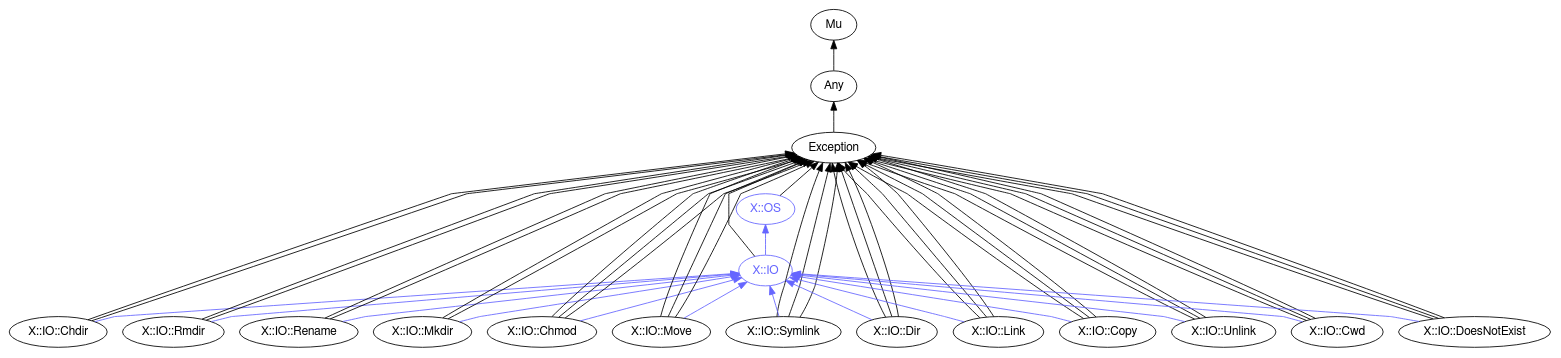
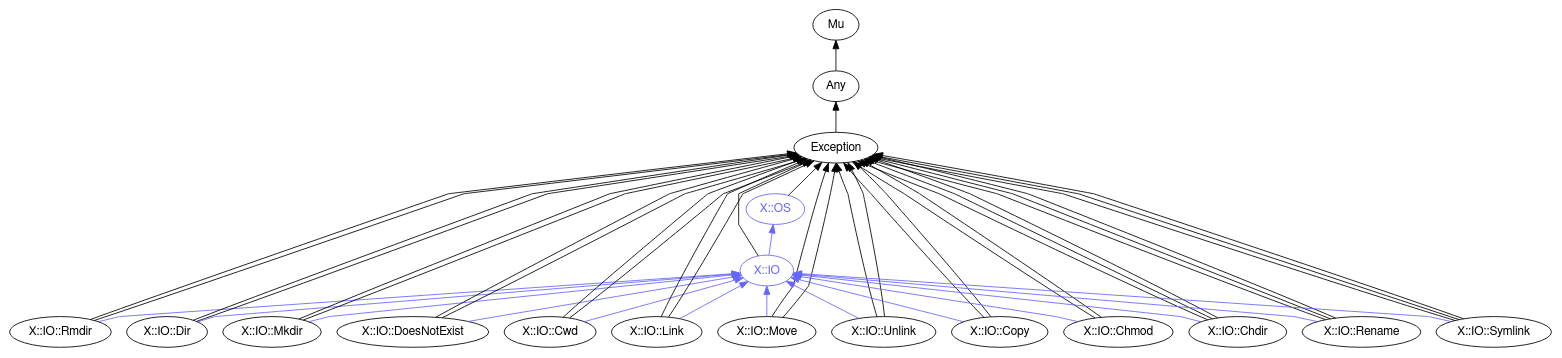
Before and after one commit to perl6docs/perl6docs.github.io: the diagram in images/type-graph-X::OS.svg.dot, drawn with Graphviz. The commit also changed 4398 other files, not shown here.

```diff
--- a/images/type-graph-X::OS.svg.dot
+++ b/images/type-graph-X::OS.svg.dot
@@ -1,81 +1,75 @@
 digraph "perl6-type-graph" {
     rankdir=BT;
     splines=polyline;
     overlap=false; 
     // Types
     "X::OS" [color="#6666FF", fontcolor="#6666FF", href="/type/X::OS", fontname="FreeSans"];
     "Mu" [color="#000000", fontcolor="#000000", href="/type/Mu", fontname="FreeSans"];
     "Any" [color="#000000", fontcolor="#000000", href="/type/Any", fontname="FreeSans"];
     "Exception" [color="#000000", fontcolor="#000000", href="/type/Exception", fontname="FreeSans"];
     "X::IO" [color="#6666FF", fontcolor="#6666FF", href="/type/X::IO", fontname="FreeSans"];
+    "X::IO::Rmdir" [color="#000000", fontcolor="#000000", href="/type/X::IO::Rmdir", fontname="FreeSans"];
+    "X::IO::Dir" [color="#000000", fontcolor="#000000", href="/type/X::IO::Dir", fontname="FreeSans"];
+    "X::IO::Mkdir" [color="#000000", fontcolor="#000000", href="/type/X::IO::Mkdir", fontname="FreeSans"];
+    "X::IO::DoesNotExist" [color="#000000", fontcolor="#000000", href="/type/X::IO::DoesNotExist", fontname="FreeSans"];
+    "X::IO::Cwd" [color="#000000", fontcolor="#000000", href="/type/X::IO::Cwd", fontname="FreeSans"];
+    "X::IO::Link" [color="#000000", fontcolor="#000000", href="/type/X::IO::Link", fontname="FreeSans"];
+    "X::IO::Move" [color="#000000", fontcolor="#000000", href="/type/X::IO::Move", fontname="FreeSans"];
+    "X::IO::Unlink" [color="#000000", fontcolor="#000000", href="/type/X::IO::Unlink", fontname="FreeSans"];
+    "X::IO::Copy" [color="#000000", fontcolor="#000000", href="/type/X::IO::Copy", fontname="FreeSans"];
+    "X::IO::Chmod" [color="#000000", fontcolor="#000000", href="/type/X::IO::Chmod", fontname="FreeSans"];
     "X::IO::Chdir" [color="#000000", fontcolor="#000000", href="/type/X::IO::Chdir", fontname="FreeSans"];
-    "X::IO::Rmdir" [color="#000000", fontcolor="#000000", href="/type/X::IO::Rmdir", fontname="FreeSans"];
     "X::IO::Rename" [color="#000000", fontcolor="#000000", href="/type/X::IO::Rename", fontname="FreeSans"];
-    "X::IO::Mkdir" [color="#000000", fontcolor="#000000", href="/type/X::IO::Mkdir", fontname="FreeSans"];
-    "X::IO::Chmod" [color="#000000", fontcolor="#000000", href="/type/X::IO::Chmod", fontname="FreeSans"];
-    "X::IO::Move" [color="#000000", fontcolor="#000000", href="/type/X::IO::Move", fontname="FreeSans"];
     "X::IO::Symlink" [color="#000000", fontcolor="#000000", href="/type/X::IO::Symlink", fontname="FreeSans"];
-    "X::IO::Dir" [color="#000000", fontcolor="#000000", href="/type/X::IO::Dir", fontname="FreeSans"];
-    "X::IO::Link" [color="#000000", fontcolor="#000000", href="/type/X::IO::Link", fontname="FreeSans"];
-    "X::IO::Copy" [color="#000000", fontcolor="#000000", href="/type/X::IO::Copy", fontname="FreeSans"];
-    "X::IO::Unlink" [color="#000000", fontcolor="#000000", href="/type/X::IO::Unlink", fontname="FreeSans"];
-    "X::IO::Cwd" [color="#000000", fontcolor="#000000", href="/type/X::IO::Cwd", fontname="FreeSans"];
-    "X::IO::DoesNotExist" [color="#000000", fontcolor="#000000", href="/type/X::IO::DoesNotExist", fontname="FreeSans"];
 
     // Superclasses
     "X::OS" -> "Exception" [color="#000000"];
     "Any" -> "Mu" [color="#000000"];
     "Exception" -> "Any" [color="#000000"];
     "X::IO" -> "Exception" [color="#000000"];
+    "X::IO::Rmdir" -> "Exception" [color="#000000"];
+    "X::IO::Rmdir" -> "Exception" [color="#000000"];
+    "X::IO::Dir" -> "Exception" [color="#000000"];
+    "X::IO::Dir" -> "Exception" [color="#000000"];
+    "X::IO::Mkdir" -> "Exception" [color="#000000"];
+    "X::IO::Mkdir" -> "Exception" [color="#000000"];
+    "X::IO::DoesNotExist" -> "Exception" [color="#000000"];
+    "X::IO::DoesNotExist" -> "Exception" [color="#000000"];
+    "X::IO::Cwd" -> "Exception" [color="#000000"];
+    "X::IO::Cwd" -> "Exception" [color="#000000"];
+    "X::IO::Link" -> "Exception" [color="#000000"];
+    "X::IO::Link" -> "Exception" [color="#000000"];
+    "X::IO::Move" -> "Exception" [color="#000000"];
+    "X::IO::Move" -> "Exception" [color="#000000"];
+    "X::IO::Unlink" -> "Exception" [color="#000000"];
+    "X::IO::Unlink" -> "Exception" [color="#000000"];
+    "X::IO::Copy" -> "Exception" [color="#000000"];
+    "X::IO::Copy" -> "Exception" [color="#000000"];
+    "X::IO::Chmod" -> "Exception" [color="#000000"];
+    "X::IO::Chmod" -> "Exception" [color="#000000"];
     "X::IO::Chdir" -> "Exception" [color="#000000"];
     "X::IO::Chdir" -> "Exception" [color="#000000"];
-    "X::IO::Rmdir" -> "Exception" [color="#000000"];
-    "X::IO::Rmdir" -> "Exception" [color="#000000"];
+    "X::IO::Chdir" -> "Exception" [color="#000000"];
     "X::IO::Rename" -> "Exception" [color="#000000"];
     "X::IO::Rename" -> "Exception" [color="#000000"];
-    "X::IO::Mkdir" -> "Exception" [color="#000000"];
-    "X::IO::Mkdir" -> "Exception" [color="#000000"];
-    "X::IO::Chmod" -> "Exception" [color="#000000"];
-    "X::IO::Chmod" -> "Exception" [color="#000000"];
-    "X::IO::Chmod" -> "Exception" [color="#000000"];
-    "X::IO::Move" -> "Exception" [color="#000000"];
-    "X::IO::Move" -> "Exception" [color="#000000"];
-    "X::IO::Move" -> "Exception" [color="#000000"];
+    "X::IO::Rename" -> "Exception" [color="#000000"];
     "X::IO::Symlink" -> "Exception" [color="#000000"];
     "X::IO::Symlink" -> "Exception" [color="#000000"];
     "X::IO::Symlink" -> "Exception" [color="#000000"];
-    "X::IO::Dir" -> "Exception" [color="#000000"];
-    "X::IO::Dir" -> "Exception" [color="#000000"];
-    "X::IO::Dir" -> "Exception" [color="#000000"];
-    "X::IO::Link" -> "Exception" [color="#000000"];
-    "X::IO::Link" -> "Exception" [color="#000000"];
-    "X::IO::Link" -> "Exception" [color="#000000"];
-    "X::IO::Copy" -> "Exception" [color="#000000"];
-    "X::IO::Copy" -> "Exception" [color="#000000"];
-    "X::IO::Copy" -> "Exception" [color="#000000"];
-    "X::IO::Unlink" -> "Exception" [color="#000000"];
-    "X::IO::Unlink" -> "Exception" [color="#000000"];
-    "X::IO::Unlink" -> "Exception" [color="#000000"];
-    "X::IO::Cwd" -> "Exception" [color="#000000"];
-    "X::IO::Cwd" -> "Exception" [color="#000000"];
-    "X::IO::Cwd" -> "Exception" [color="#000000"];
-    "X::IO::DoesNotExist" -> "Exception" [color="#000000"];
-    "X::IO::DoesNotExist" -> "Exception" [color="#000000"];
-    "X::IO::DoesNotExist" -> "Exception" [color="#000000"];
 
     // Roles
     "X::IO" -> "X::OS" [color="#6666FF"];
+    "X::IO::Rmdir" -> "X::IO" [color="#6666FF"];
+    "X::IO::Dir" -> "X::IO" [color="#6666FF"];
+    "X::IO::Mkdir" -> "X::IO" [color="#6666FF"];
+    "X::IO::DoesNotExist" -> "X::IO" [color="#6666FF"];
+    "X::IO::Cwd" -> "X::IO" [color="#6666FF"];
+    "X::IO::Link" -> "X::IO" [color="#6666FF"];
+    "X::IO::Move" -> "X::IO" [color="#6666FF"];
+    "X::IO::Unlink" -> "X::IO" [color="#6666FF"];
+    "X::IO::Copy" -> "X::IO" [color="#6666FF"];
+    "X::IO::Chmod" -> "X::IO" [color="#6666FF"];
     "X::IO::Chdir" -> "X::IO" [color="#6666FF"];
-    "X::IO::Rmdir" -> "X::IO" [color="#6666FF"];
     "X::IO::Rename" -> "X::IO" [color="#6666FF"];
-    "X::IO::Mkdir" -> "X::IO" [color="#6666FF"];
-    "X::IO::Chmod" -> "X::IO" [color="#6666FF"];
-    "X::IO::Move" -> "X::IO" [color="#6666FF"];
     "X::IO::Symlink" -> "X::IO" [color="#6666FF"];
-    "X::IO::Dir" -> "X::IO" [color="#6666FF"];
-    "X::IO::Link" -> "X::IO" [color="#6666FF"];
-    "X::IO::Copy" -> "X::IO" [color="#6666FF"];
-    "X::IO::Unlink" -> "X::IO" [color="#6666FF"];
-    "X::IO::Cwd" -> "X::IO" [color="#6666FF"];
-    "X::IO::DoesNotExist" -> "X::IO" [color="#6666FF"];
 }
```
